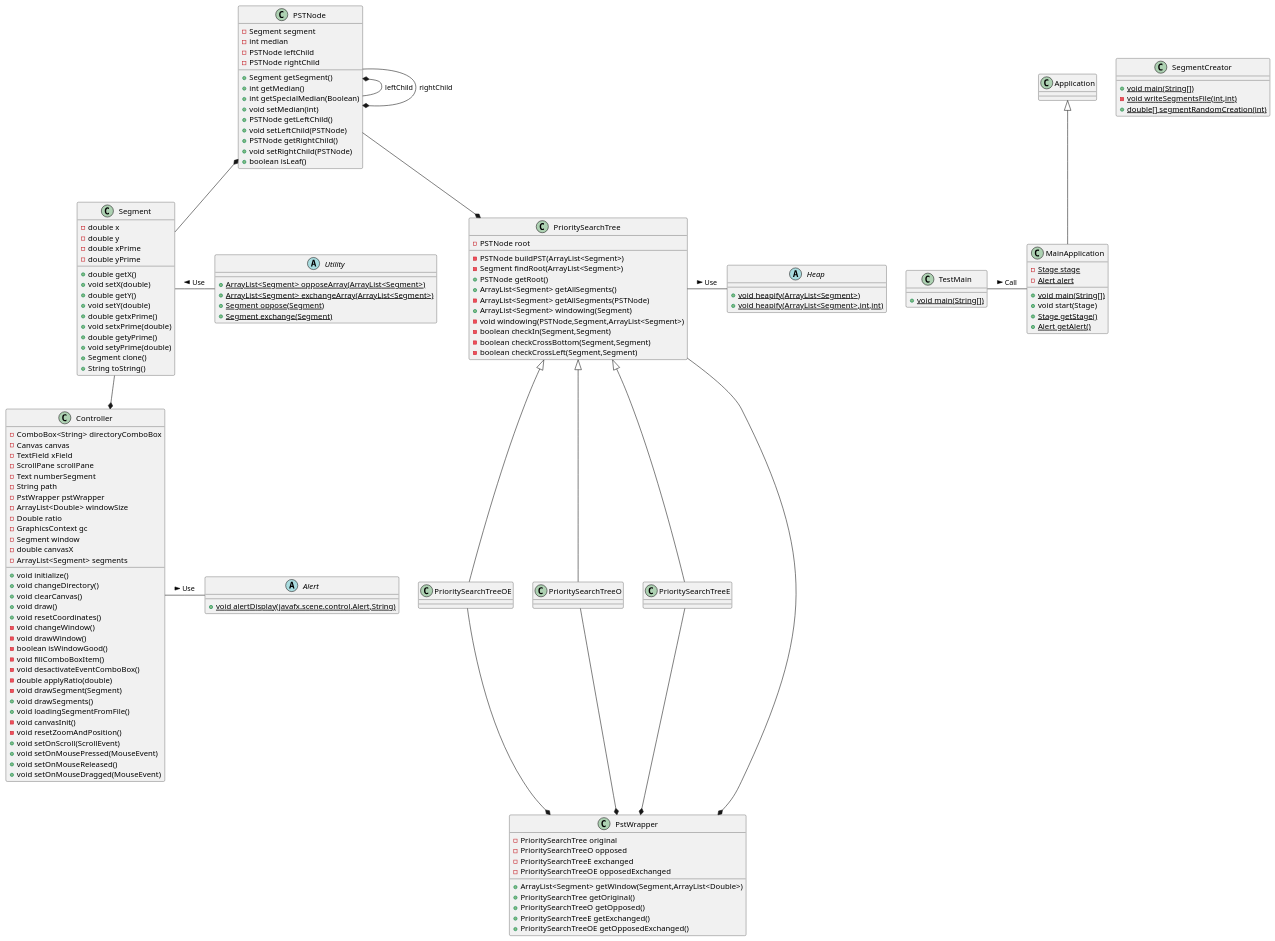
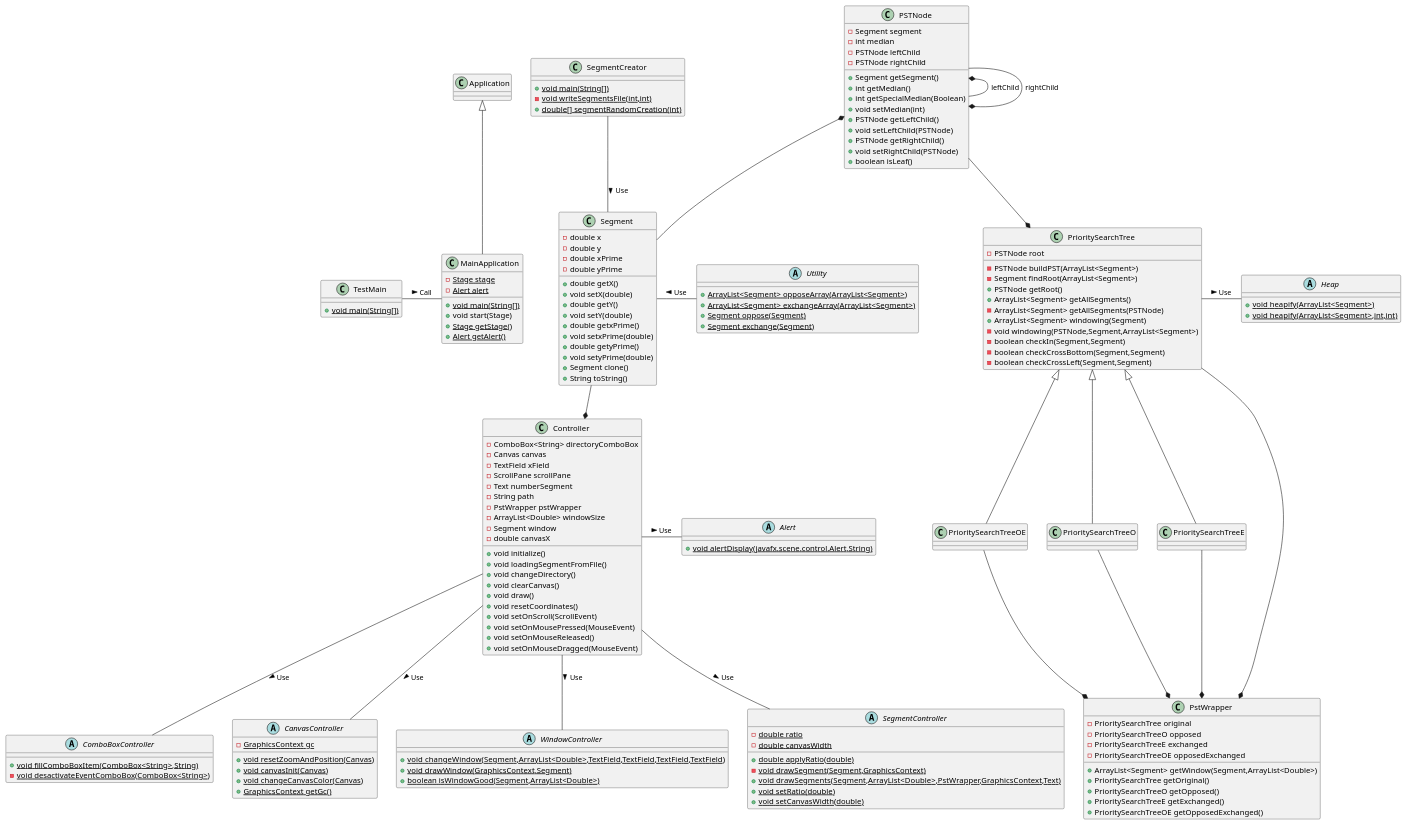
The diagram in Code/windowing-ssd2/src/main/resources/uml/SDD.puml (LiocansG/windowing-sdd2), drawn with PlantUML before and after one commit. The commit also changed 7 other files, not shown here.

```diff
--- a/Code/windowing-ssd2/src/main/resources/uml/SDD.puml
+++ b/Code/windowing-ssd2/src/main/resources/uml/SDD.puml
@@ -1,159 +1,163 @@
 @startuml
 class TestMain {
 + {static} void main(String[])
 }
-
+abstract class ComboBoxController {
++ {static} void fillComboBoxItem(ComboBox<String>,String)
+- {static} void desactivateEventComboBox(ComboBox<String>)
+}
 class PrioritySearchTreeOE {
 }
-
 class PrioritySearchTreeO {
 }
-
 abstract class Alert {
 + {static} void alertDisplay(javafx.scene.control.Alert,String)
 }
-
+abstract class CanvasController {
+- {static} GraphicsContext gc
++ {static} void resetZoomAndPosition(Canvas)
++ {static} void canvasInit(Canvas)
++ {static} void changeCanvasColor(Canvas)
++ {static} GraphicsContext getGc()
+}
 class PrioritySearchTreeE {
 }
-
 class SegmentCreator {
 + {static} void main(String[])
 - {static} void writeSegmentsFile(int,int)
 + {static} double[] segmentRandomCreation(int)
 }
-
 class PstWrapper {
 - PrioritySearchTree original
 - PrioritySearchTreeO opposed
 - PrioritySearchTreeE exchanged
 - PrioritySearchTreeOE opposedExchanged
 + ArrayList<Segment> getWindow(Segment,ArrayList<Double>)
 + PrioritySearchTree getOriginal()
 + PrioritySearchTreeO getOpposed()
 + PrioritySearchTreeE getExchanged()
 + PrioritySearchTreeOE getOpposedExchanged()
 }
-
+abstract class WindowController {
++ {static} void changeWindow(Segment,ArrayList<Double>,TextField,TextField,TextField,TextField)
++ {static} void drawWindow(GraphicsContext,Segment)
++ {static} boolean isWindowGood(Segment,ArrayList<Double>)
+}
 abstract class Utility {
 + {static} ArrayList<Segment> opposeArray(ArrayList<Segment>)
 + {static} ArrayList<Segment> exchangeArray(ArrayList<Segment>)
 + {static} Segment oppose(Segment)
 + {static} Segment exchange(Segment)
 }
-
+abstract class SegmentController {
+- {static} double ratio
+- {static} double canvasWidth
++ {static} double applyRatio(double)
+- {static} void drawSegment(Segment,GraphicsContext)
++ {static} void drawSegments(Segment,ArrayList<Double>,PstWrapper,GraphicsContext,Text)
++ {static} void setRatio(double)
++ {static} void setCanvasWidth(double)
+}
 class PSTNode {
 - Segment segment
 - int median
 - PSTNode leftChild
 - PSTNode rightChild
 + Segment getSegment()
 + int getMedian()
 + int getSpecialMedian(Boolean)
 + void setMedian(int)
 + PSTNode getLeftChild()
 + void setLeftChild(PSTNode)
 + PSTNode getRightChild()
 + void setRightChild(PSTNode)
 + boolean isLeaf()
 }
-
 class Segment {
 - double x
 - double y
 - double xPrime
 - double yPrime
 + double getX()
 + void setX(double)
 + double getY()
 + void setY(double)
 + double getxPrime()
 + void setxPrime(double)
 + double getyPrime()
 + void setyPrime(double)
 + Segment clone()
 + String toString()
 }
-
 class Controller {
 - ComboBox<String> directoryComboBox
 - Canvas canvas
 - TextField xField
 - ScrollPane scrollPane
 - Text numberSegment
 - String path
 - PstWrapper pstWrapper
 - ArrayList<Double> windowSize
-- Double ratio
-- GraphicsContext gc
 - Segment window
 - double canvasX
-- ArrayList<Segment> segments
 + void initialize()
++ void loadingSegmentFromFile()
 + void changeDirectory()
 + void clearCanvas()
 + void draw()
 + void resetCoordinates()
-- void changeWindow()
-- void drawWindow()
-- boolean isWindowGood()
-- void fillComboBoxItem()
-- void desactivateEventComboBox()
-- double applyRatio(double)
-- void drawSegment(Segment)
-+ void drawSegments()
-+ void loadingSegmentFromFile()
-- void canvasInit()
-- void resetZoomAndPosition()
 + void setOnScroll(ScrollEvent)
 + void setOnMousePressed(MouseEvent)
 + void setOnMouseReleased()
 + void setOnMouseDragged(MouseEvent)
 }
-
 class MainApplication {
 - {static} Stage stage
 - {static} Alert alert
 + {static} void main(String[])
 + void start(Stage)
 + {static} Stage getStage()
 + {static} Alert getAlert()
 }
-
 abstract class Heap {
 + {static} void heapify(ArrayList<Segment>)
 + {static} void heapify(ArrayList<Segment>,int,int)
 }
-
 class PrioritySearchTree {
 - PSTNode root
 - PSTNode buildPST(ArrayList<Segment>)
 - Segment findRoot(ArrayList<Segment>)
 + PSTNode getRoot()
 + ArrayList<Segment> getAllSegments()
 - ArrayList<Segment> getAllSegments(PSTNode)
 + ArrayList<Segment> windowing(Segment)
 - void windowing(PSTNode,Segment,ArrayList<Segment>)
 - boolean checkIn(Segment,Segment)
 - boolean checkCrossBottom(Segment,Segment)
 - boolean checkCrossLeft(Segment,Segment)
 }
 
 
 PrioritySearchTree <|-- PrioritySearchTreeOE
 PrioritySearchTree <|-- PrioritySearchTreeO
 PrioritySearchTree <|-- PrioritySearchTreeE
 PSTNode --* PrioritySearchTree
 PSTNode *-- PSTNode : leftChild
 PSTNode --* PSTNode : rightChild
 PSTNode *-- Segment
 Application <|-- MainApplication
+TestMain - MainApplication : Call >
 PrioritySearchTree --* PstWrapper
 PrioritySearchTreeOE --* PstWrapper
 PrioritySearchTreeO --* PstWrapper
 PrioritySearchTreeE --* PstWrapper
 Segment -  Utility : Use <
-TestMain - MainApplication : Call >
 PrioritySearchTree - Heap : Use >
 Controller - Alert : Use >
+Controller -d- WindowController : Use >
+Controller -d- SegmentController : Use >
+Controller -d- CanvasController : Use >
+Controller -d- ComboBoxController : Use >
 Segment --* Controller
+SegmentCreator -- Segment : Use >
 @enduml
```
